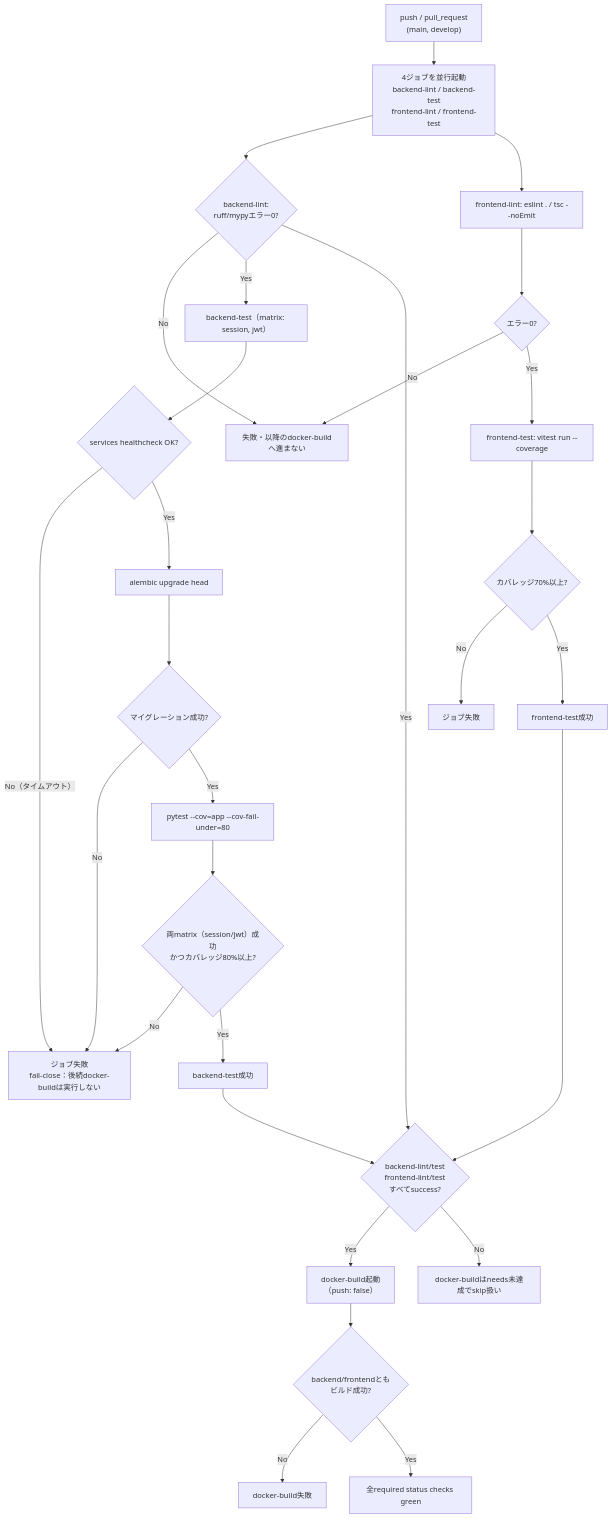
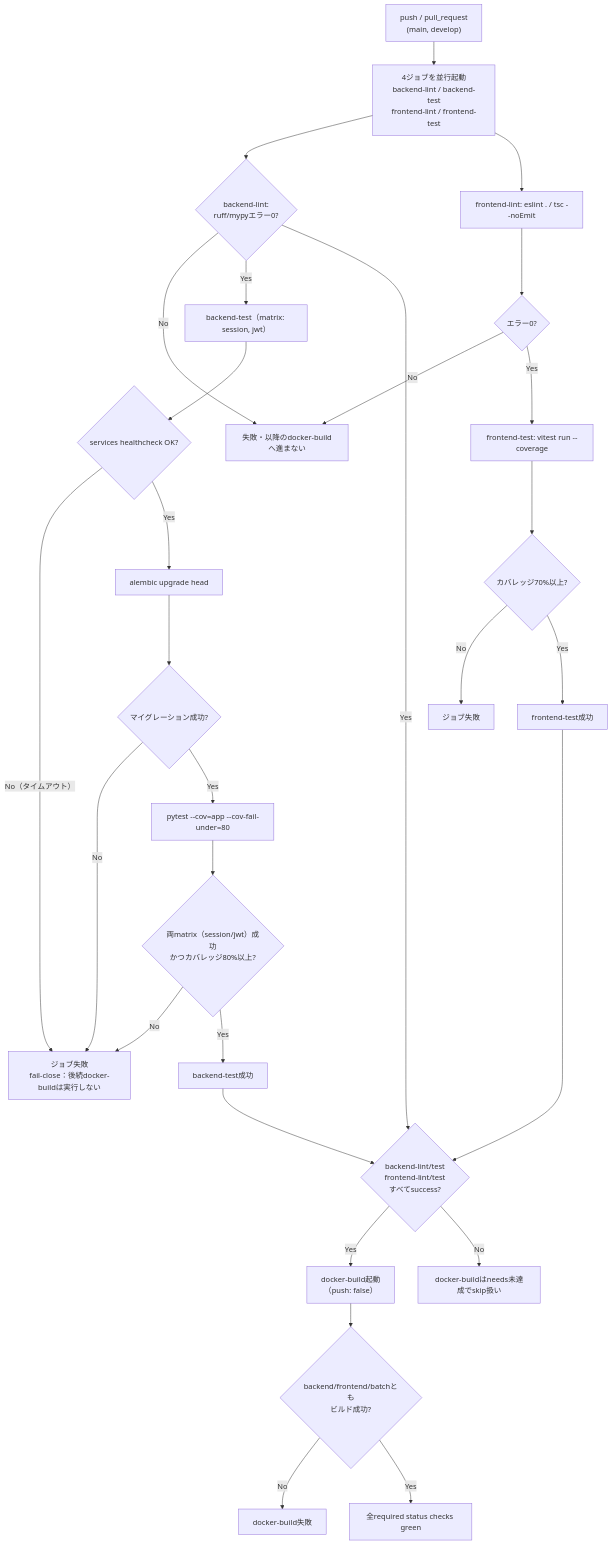
The third of 4 diagrams in detailed_design/infra/05_ci_workflow.md (oikawa-d/task_management), drawn with Mermaid before and after one commit. The commit also changed other lines of this file and 3 other files, not shown here.

````diff
--- a/detailed_design/infra/05_ci_workflow.md
+++ b/detailed_design/infra/05_ci_workflow.md
@@ -113,31 +113,31 @@
 ```mermaid
 flowchart TB
     A["push / pull_request<br/>(main, develop)"] --> B["4ジョブを並行起動<br/>backend-lint / backend-test<br/>frontend-lint / frontend-test"]
     B --> C{"backend-lint:<br/>ruff/mypyエラー0?"}
     C -->|No| F1["失敗・以降のdocker-buildへ進まない"]
     C -->|Yes| D["backend-test（matrix: session, jwt）"]
     D --> E{"services healthcheck OK?"}
     E -->|"No（タイムアウト）"| F2["ジョブ失敗<br/>fail-close：後続docker-buildは実行しない"]
     E -->|Yes| G["alembic upgrade head"]
     G --> H{"マイグレーション成功?"}
     H -->|No| F2
     H -->|Yes| I["pytest --cov=app --cov-fail-under=80"]
     I --> J{"両matrix（session/jwt）成功<br/>かつカバレッジ80%以上?"}
     J -->|No| F2
     J -->|Yes| K["backend-test成功"]
     B --> L["frontend-lint: eslint . / tsc --noEmit"]
     L --> M{"エラー0?"}
     M -->|No| F1
     M -->|Yes| N["frontend-test: vitest run --coverage"]
     N --> O{"カバレッジ70%以上?"}
     O -->|No| F3["ジョブ失敗"]
     O -->|Yes| P["frontend-test成功"]
     C -->|Yes| Q{"backend-lint/test<br/>frontend-lint/test<br/>すべてsuccess?"}
     K --> Q
     P --> Q
     Q -->|Yes| R["docker-build起動<br/>（push: false）"]
     Q -->|No| S["docker-buildはneeds未達成でskip扱い"]
-    R --> T{"backend/frontendとも<br/>ビルド成功?"}
+    R --> T{"backend/frontend/batchとも<br/>ビルド成功?"}
     T -->|No| U["docker-build失敗"]
     T -->|Yes| V["全required status checks green"]
 ```
````
